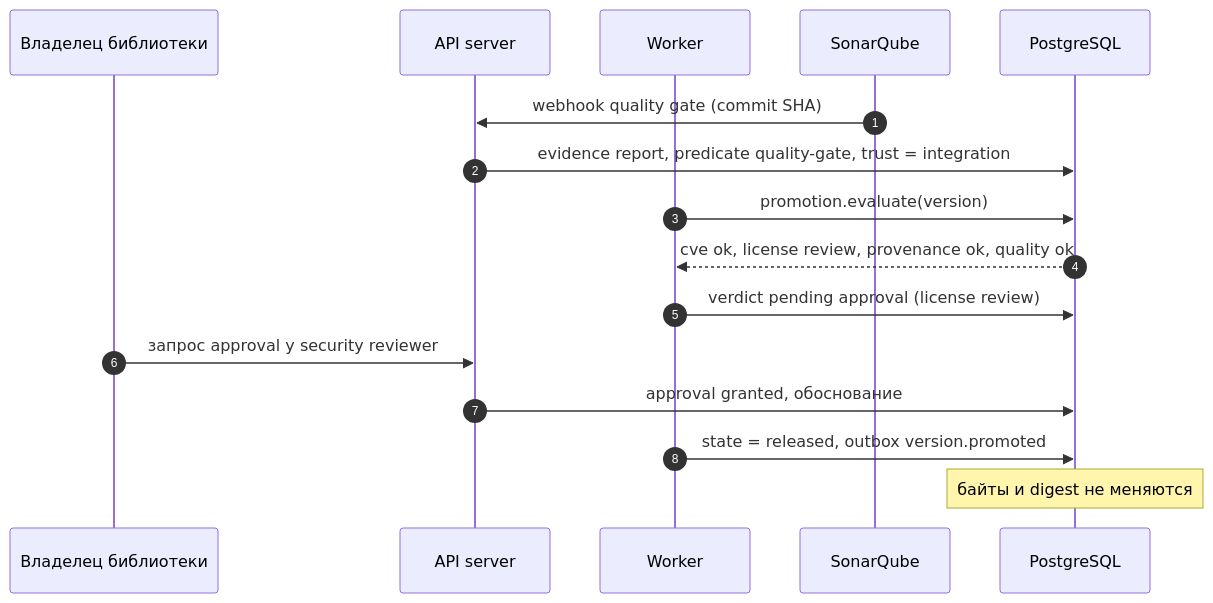
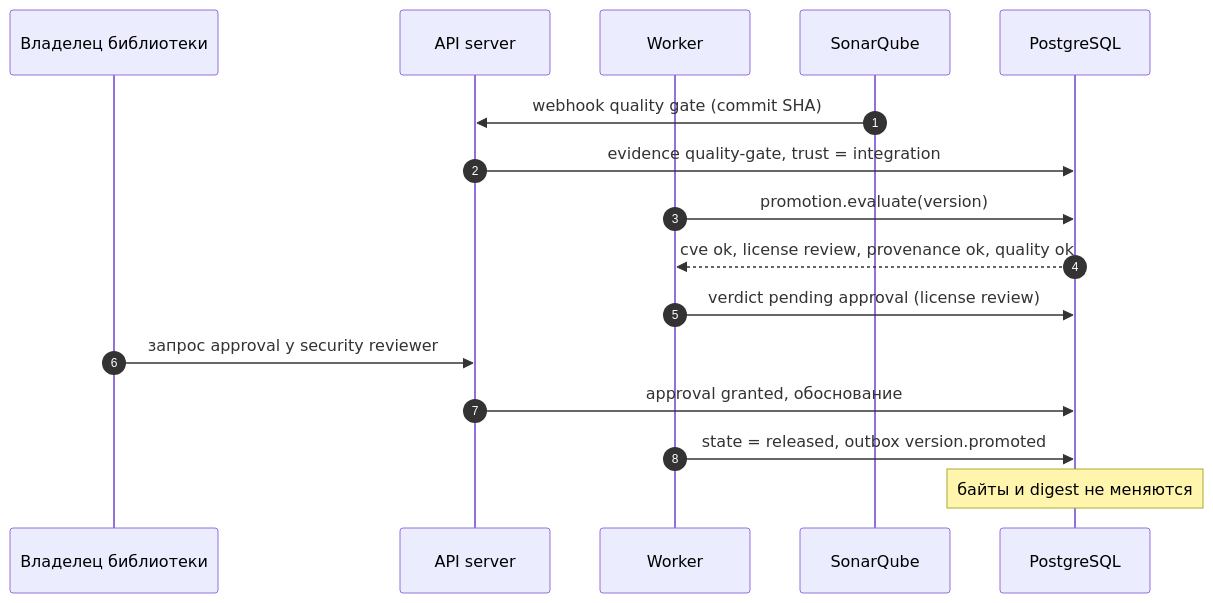
One commit to izevg/CRANE changed the fifth of 7 diagrams in docs/product/12-sequence-diagrams.md. Above: the diagram before and after it, drawn with Mermaid. The commit also changed 5 other files, not shown here.

Commit message:
docs(product): key evidence by predicate type only

````diff
--- a/docs/product/12-sequence-diagrams.md
+++ b/docs/product/12-sequence-diagrams.md
@@ -113,18 +113,18 @@
 ```mermaid
 sequenceDiagram
   autonumber
   participant O as Владелец библиотеки
   participant A as API server
   participant W as Worker
   participant SQ as SonarQube
   participant P as PostgreSQL
   SQ->>A: webhook quality gate (commit SHA)
-  A->>P: evidence report, predicate quality-gate, trust = integration
+  A->>P: evidence quality-gate, trust = integration
   W->>P: promotion.evaluate(version)
   P-->>W: cve ok, license review, provenance ok, quality ok
   W->>P: verdict pending approval (license review)
   O->>A: запрос approval у security reviewer
   A->>P: approval granted, обоснование
   W->>P: state = released, outbox version.promoted
   Note over P: байты и digest не меняются
 ```
````
